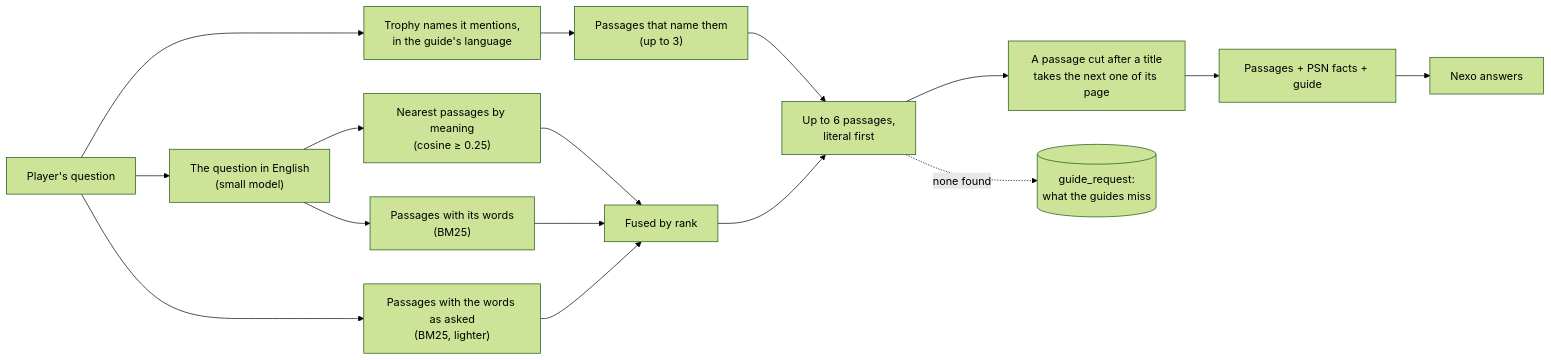
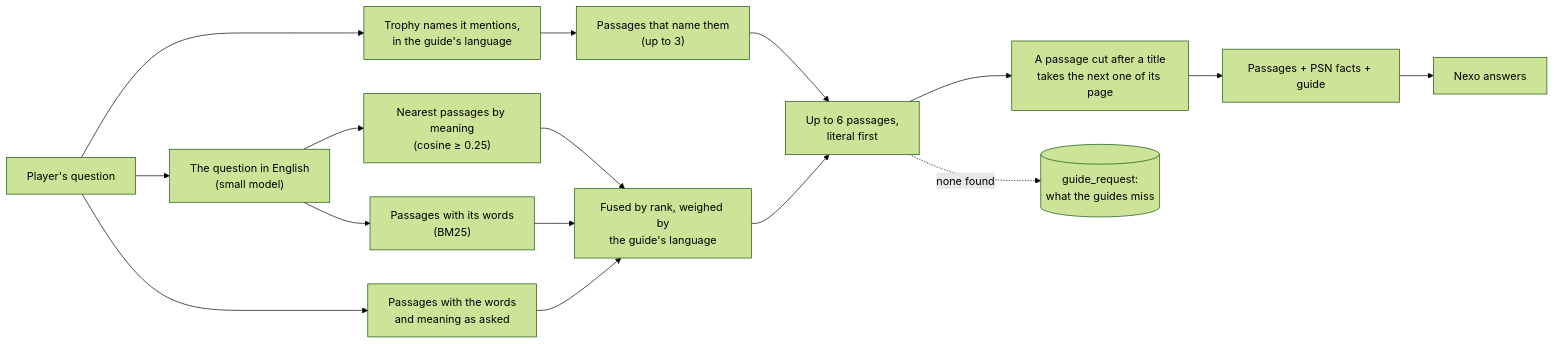
One commit to renatoaug/platjourney changed the third of 4 diagrams in docs/design/07-rag.md. Above: the diagram before and after it, drawn with Mermaid (forest theme). The commit also changed other lines of this file and 10 other files, not shown here.

First line of the commit message:
feat(ai): weigh the deep guide searches by the guide's language

````diff
--- a/docs/design/07-rag.md
+++ b/docs/design/07-rag.md
@@ -58,18 +58,18 @@
 ```mermaid
 flowchart LR
     q[Player's question] --> names["Trophy names it mentions,<br/>in the guide's language"]
     names --> literal["Passages that name them<br/>(up to 3)"]
     q --> en["The question in English<br/>(small model)"]
     en --> semantic["Nearest passages by meaning<br/>(cosine ≥ 0.25)"]
     en --> words["Passages with its words<br/>(BM25)"]
-    q --> own["Passages with the words as asked<br/>(BM25, lighter)"]
-    semantic --> fuse["Fused by rank"]
+    q --> own["Passages with the words<br/>and meaning as asked"]
+    semantic --> fuse["Fused by rank, weighed by<br/>the guide's language"]
     words --> fuse
     own --> fuse
     literal --> pick["Up to 6 passages,<br/>literal first"]
     fuse --> pick
     pick --> cont["A passage cut after a title<br/>takes the next one of its page"]
     cont --> prompt["Passages + PSN facts + guide"]
     prompt --> answer[Nexo answers]
     pick -. "none found" .-> gap[("guide_request:<br/>what the guides miss")]
 ```
````
